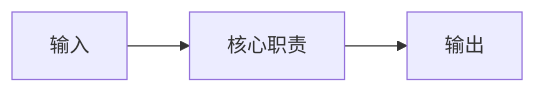
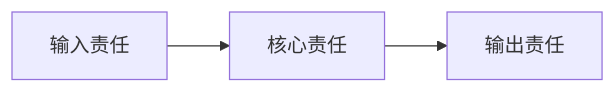
The diagram in skills/swift-cycle/templates/DESIGN.md (Solismuchengxue/skill_swift_cycle), drawn with Mermaid before and after one commit. The commit also changed other lines of this file and 7 other files, not shown here.

````diff
--- a/skills/swift-cycle/templates/DESIGN.md
+++ b/skills/swift-cycle/templates/DESIGN.md
@@ -26,5 +41,5 @@
 ```mermaid
 flowchart LR
-    Input[输入] --> Core[核心职责]
-    Core --> Output[输出]
+    Input[输入责任] --> Core[核心责任]
+    Core --> Output[输出责任]
 ```
````
